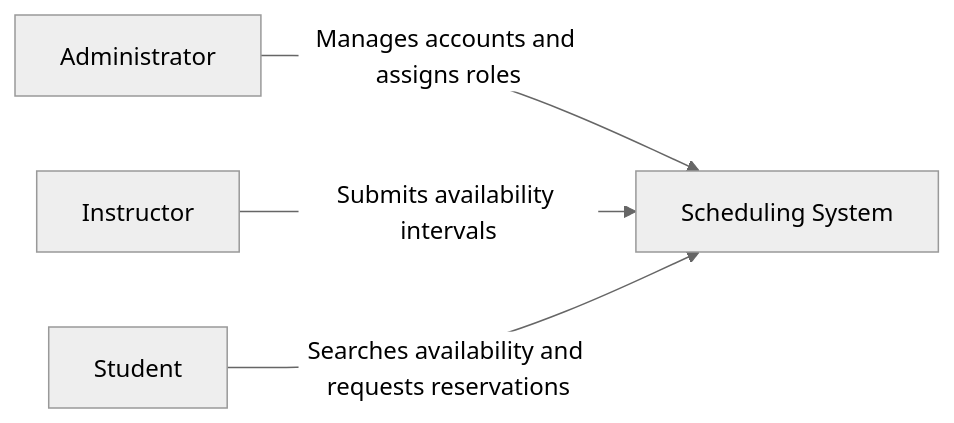
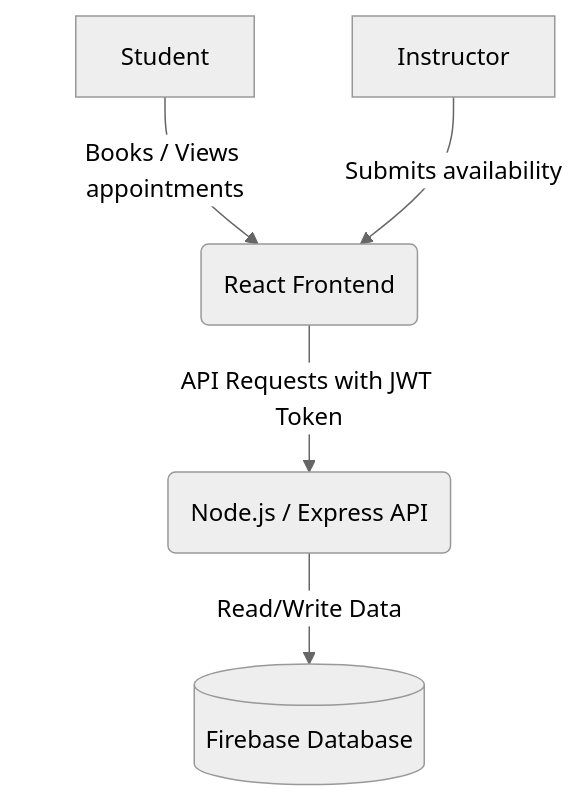
Before and after one commit to SENG321-SchedulingSystem/Appointment-and-Class-Scheduling-System: the diagram in README.md, drawn with Mermaid (neutral theme). The commit also changed 1 other file, not shown here.

Commit message:
Update diagram to English and integrate Firebase

```diff
--- a/README.md
+++ b/README.md
@@ -10,6 +10,7 @@
 ~~~mermaid
-flowchart LR
-    Admin[Administrator] -->|Manages accounts and assigns roles| System[Scheduling System]
-    Instructor[Instructor] -->|Submits availability intervals| System
-    Student[Student] -->|Searches availability and requests reservations| System
+ graph TD
+   Student[Student] -->|Books / Views appointments| Frontend(React Frontend)
+   Instructor[Instructor] -->|Submits availability| Frontend
+   Frontend -->|API Requests with JWT Token| Backend(Node.js / Express API)
+   Backend -->|Read/Write Data| DB[(Firebase Database)]
 ~~~
```
